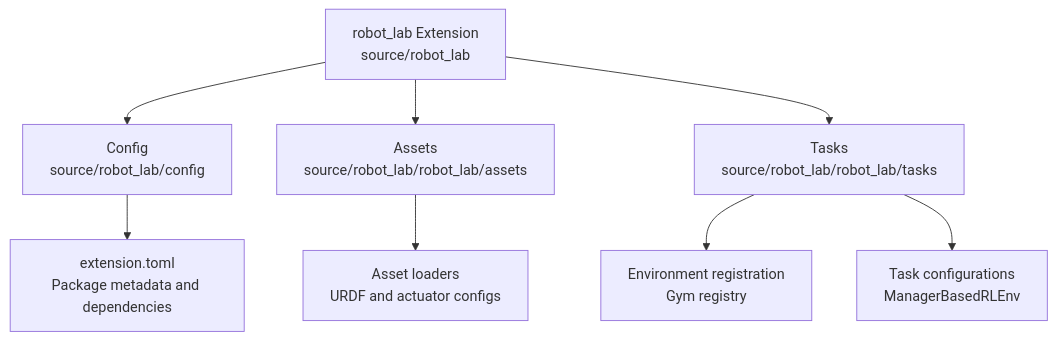
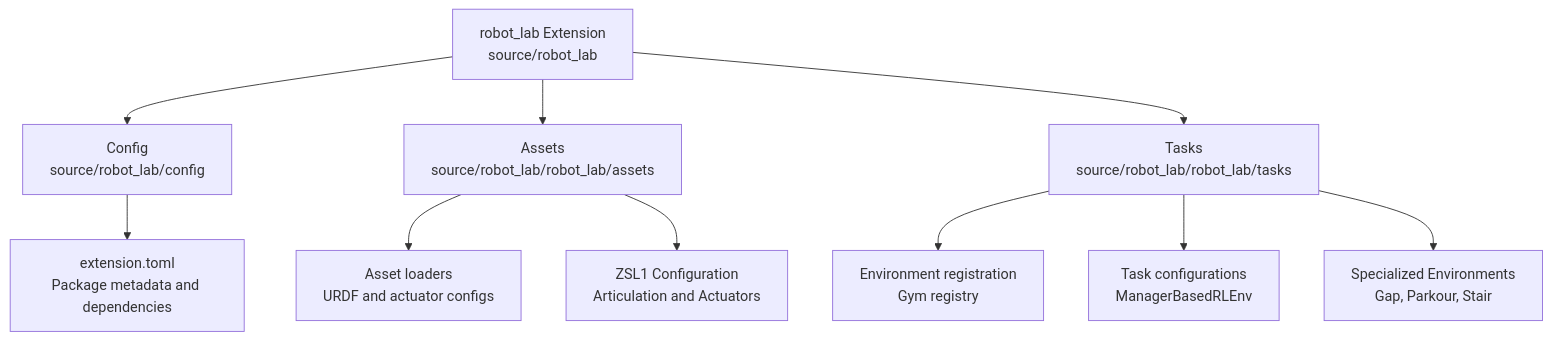
One commit to jayjayhust/robot_lab changed the first of 6 diagrams in .qoder/repowiki/en/content/Project Overview/Introduction and Purpose.md. Above: the diagram before and after it, drawn with Mermaid. The commit also changed other lines of this file and 8 other files, not shown here.

````diff
--- a/.qoder/repowiki/en/content/Project Overview/Introduction and Purpose.md
+++ b/.qoder/repowiki/en/content/Project Overview/Introduction and Purpose.md
@@ -61,10 +77,12 @@
 ```mermaid
 graph TB
 A["robot_lab Extension<br/>source/robot_lab"] --> B["Config<br/>source/robot_lab/config"]
 A --> C["Assets<br/>source/robot_lab/robot_lab/assets"]
 A --> D["Tasks<br/>source/robot_lab/robot_lab/tasks"]
 B --> E["extension.toml<br/>Package metadata and dependencies"]
 C --> F["Asset loaders<br/>URDF and actuator configs"]
 D --> G["Environment registration<br/>Gym registry"]
 D --> H["Task configurations<br/>ManagerBasedRLEnv"]
+C --> I["ZSL1 Configuration<br/>Articulation and Actuators"]
+D --> J["Specialized Environments<br/>Gap, Parkour, Stair"]
 ```
````
